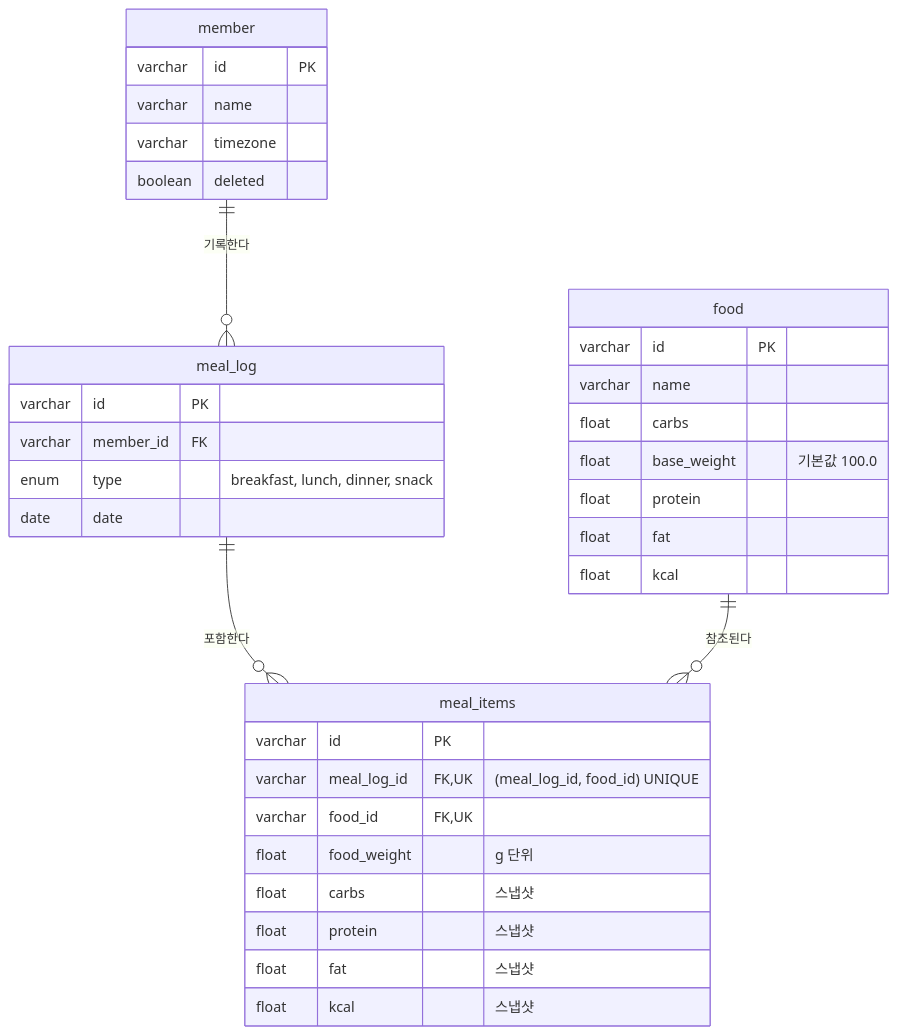
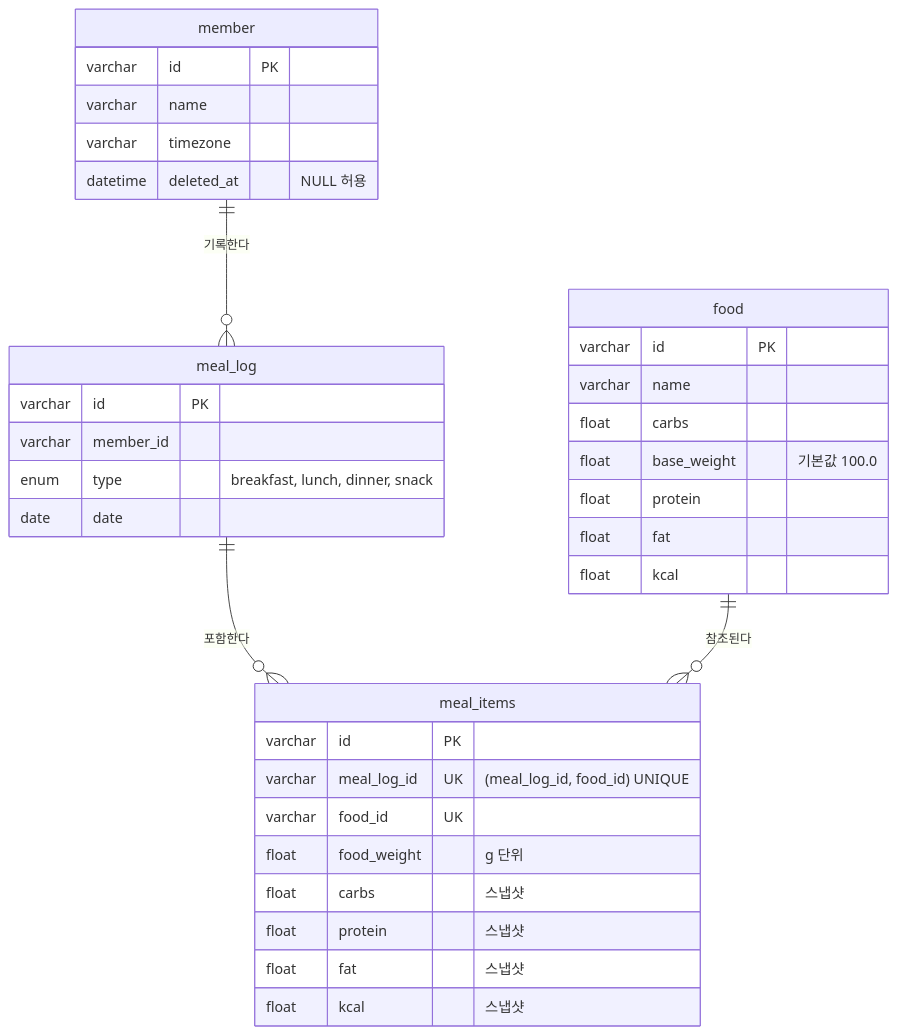
Before and after one commit to jxmen/prepare-inout: the diagram in docs/ERD.md, drawn with Mermaid. The commit also changed other lines of this file and 1 other file, not shown here.

````diff
--- a/docs/ERD.md
+++ b/docs/ERD.md
@@ -13,41 +13,41 @@
 ```mermaid
 erDiagram
     member ||--o{ meal_log : "기록한다"
     meal_log ||--o{ meal_items : "포함한다"
     food ||--o{ meal_items : "참조된다"
 
     member {
         varchar id PK
         varchar name
         varchar timezone
-        boolean deleted
+        datetime deleted_at "NULL 허용"
     }
 
     food {
         varchar id PK
         varchar name
         float carbs
         float base_weight "기본값 100.0"
         float protein
         float fat
         float kcal
     }
 
     meal_log {
         varchar id PK
-        varchar member_id FK
+        varchar member_id
         enum type "breakfast, lunch, dinner, snack"
         date date
     }
 
     meal_items {
         varchar id PK
-        varchar meal_log_id FK, UK "(meal_log_id, food_id) UNIQUE"
-        varchar food_id FK, UK
+        varchar meal_log_id UK "(meal_log_id, food_id) UNIQUE"
+        varchar food_id UK
         float food_weight "g 단위"
         float carbs "스냅샷"
         float protein "스냅샷"
         float fat "스냅샷"
         float kcal "스냅샷"
     }
 ```
````
